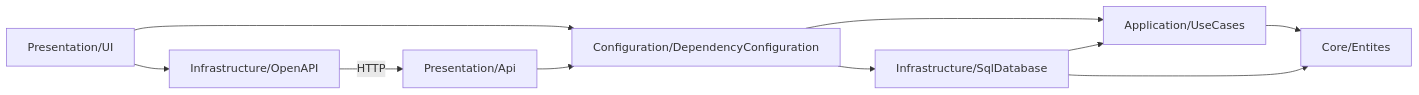
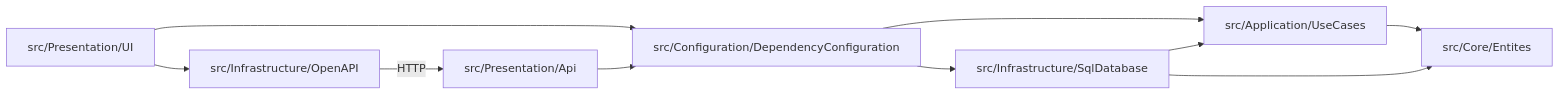
The diagram in docs/architecture/README.md (lteran9/ExpenseWise), drawn with Mermaid before and after one commit. The commit also changed other lines of this file and 263 other files, not shown here.

````diff
--- a/docs/architecture/README.md
+++ b/docs/architecture/README.md
@@ -5,12 +5,12 @@
 ```mermaid
 flowchart LR
-    UI["Presentation/UI"] --> DI["Configuration/DependencyConfiguration"]
-    API["Presentation/Api"] --> DI
-    DI --> App["Application/UseCases"]
-    DI --> Infra["Infrastructure/SqlDatabase"]
-    App --> Core["Core/Entites"]
+    UI["src/Presentation/UI"] --> DI["src/Configuration/DependencyConfiguration"]
+    API["src/Presentation/Api"] --> DI
+    DI --> App["src/Application/UseCases"]
+    DI --> Infra["src/Infrastructure/SqlDatabase"]
+    App --> Core["src/Core/Entites"]
     Infra --> Core
     Infra --> App
-    UI --> Client["Infrastructure/OpenAPI"]
+    UI --> Client["src/Infrastructure/OpenAPI"]
     Client -->|HTTP| API
 ```
````
